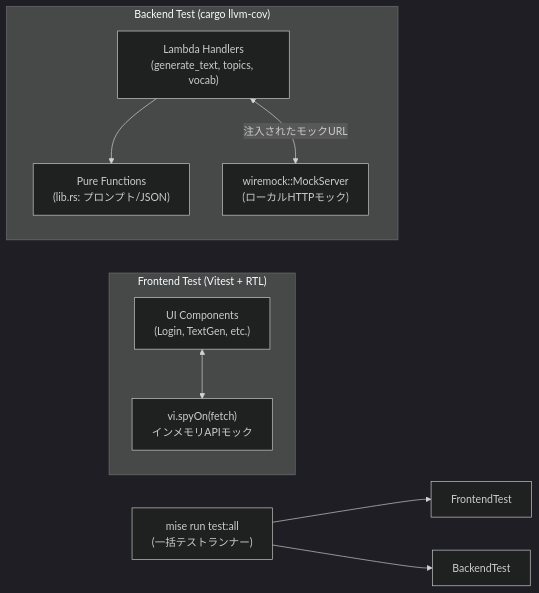
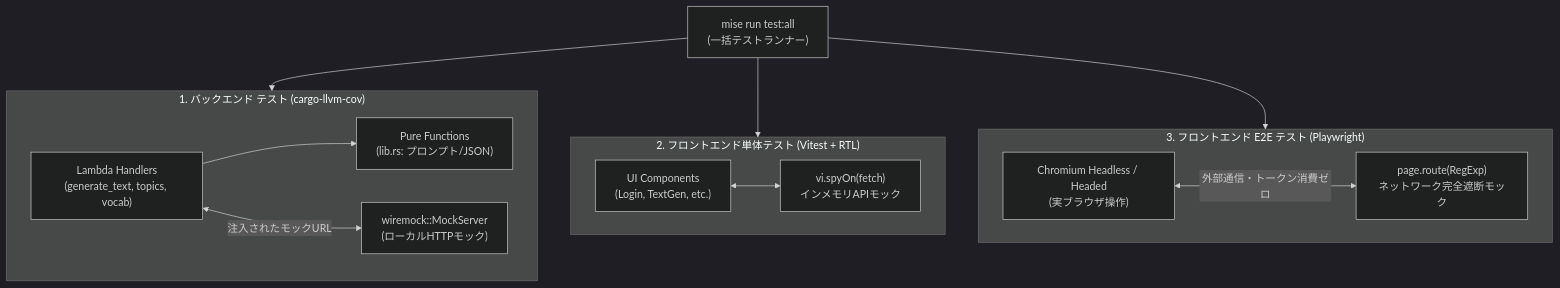
One commit to moden3/ai-english-learner changed the second of 2 diagrams in docs/architecture.md. Above: the diagram before and after it, drawn with Mermaid (dark theme). The commit also changed other lines of this file and 21 other files, not shown here.

Commit message:
feat: implement Playwright E2E testing for frontend with automated setup

````diff
--- a/docs/architecture.md
+++ b/docs/architecture.md
@@ -71,20 +73,29 @@
 ```mermaid
-graph LR
-    subgraph Frontend Test ["Frontend Test (Vitest + RTL)"]
-        Components["UI Components<br/>(Login, TextGen, etc.)"]
-        MockFetch["vi.spyOn(fetch)<br/>インメモリAPIモック"]
-        Components <--> MockFetch
-    end
+graph TD
+    Mise["mise run test:all<br/>(一括テストランナー)"]
 
-    subgraph Backend Test ["Backend Test (cargo llvm-cov)"]
+    subgraph BackendTest ["1. バックエンド テスト (cargo-llvm-cov)"]
         Handlers["Lambda Handlers<br/>(generate_text, topics, vocab)"]
         PureFuncs["Pure Functions<br/>(lib.rs: プロンプト/JSON)"]
         WireMock["wiremock::MockServer<br/>(ローカルHTTPモック)"]
         
         Handlers --> PureFuncs
         Handlers <-->|注入されたモックURL| WireMock
     end
 
-    Mise["mise run test:all<br/>(一括テストランナー)"] --> FrontendTest
+    subgraph FrontendTest ["2. フロントエンド単体テスト (Vitest + RTL)"]
+        Components["UI Components<br/>(Login, TextGen, etc.)"]
+        MockFetch["vi.spyOn(fetch)<br/>インメモリAPIモック"]
+        Components <--> MockFetch
+    end
+
+    subgraph E2ETest ["3. フロントエンド E2E テスト (Playwright)"]
+        Browser["Chromium Headless / Headed<br/>(実ブラウザ操作)"]
+        RouteIntercept["page.route(RegExp)<br/>ネットワーク完全遮断モック"]
+        Browser <-->|外部通信・トークン消費ゼロ| RouteIntercept
+    end
+
     Mise --> BackendTest
+    Mise --> FrontendTest
+    Mise --> E2ETest
 ```
````
